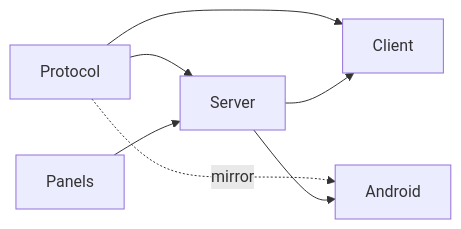
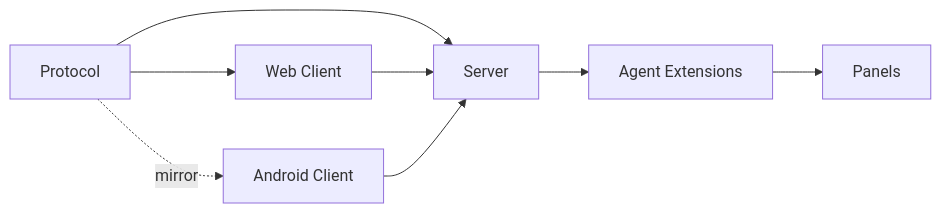
Before and after one commit to alennartz/pimote: the first of 2 diagrams in codemap.md, drawn with Mermaid. The commit also changed other lines of this file, not shown here.

````diff
--- a/codemap.md
+++ b/codemap.md
@@ -7,9 +7,10 @@
 ```mermaid
 graph LR
   Protocol --> Server
-  Protocol --> Client
-  Protocol -.mirror.-> Android
-  Panels --> Server
-  Server --> Client
-  Server --> Android
+  Protocol --> Web_Client[Web Client]
+  Protocol -.mirror.-> Android_Client[Android Client]
+  Web_Client --> Server
+  Android_Client --> Server
+  Server --> Agent_Extensions[Agent Extensions]
+  Agent_Extensions --> Panels
 ```
````
